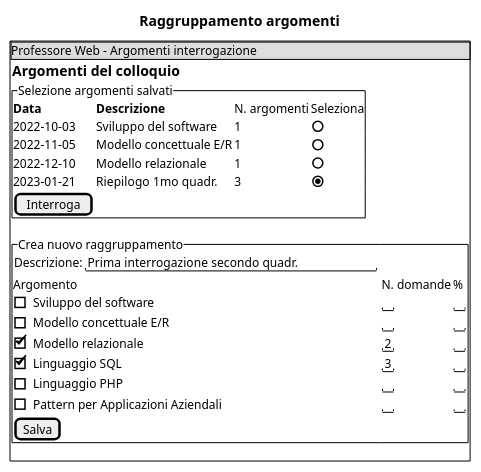
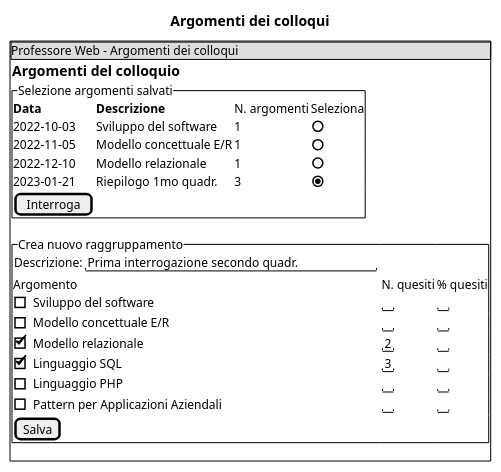
One commit to gionatamassibenincasa/materiale-didattico-per-argomento changed the tenth of 16 diagrams in analisi-e-progettazione-software/problemi/prove_orali/prove_orali.md. Above: the diagram before and after it, drawn with PlantUML. The commit also changed other lines of this file and 11 other files, not shown here.

```diff
--- a/analisi-e-progettazione-software/problemi/prove_orali/prove_orali.md
+++ b/analisi-e-progettazione-software/problemi/prove_orali/prove_orali.md
@@ -333,30 +333,30 @@
 @startsalt
-title Raggruppamento argomenti
+title Argomenti dei colloqui
 {+
-{* Professore Web - Argomenti interrogazione}
+{* Professore Web - Argomenti dei colloqui}
 {
 == Argomenti del colloquio
 {^"Selezione argomenti salvati"
 
     <b>Data | <b>Descrizione | N. argomenti | Seleziona
     2022-10-03 | Sviluppo del software   | 1 | ()
     2022-11-05 | Modello concettuale E/R | 1 | ()
     2022-12-10 | Modello relazionale     | 1 | ()
     2023-01-21 | Riepilogo 1mo quadr.    | 3 | (X)
 
     [Interroga]
 }
 {^"Crea nuovo raggruppamento"
   { Descrizione: | "Prima interrogazione secondo quadr. " }
-  Argomento | N. domande | %
+  Argomento | N. quesiti | % quesiti
   [] Sviluppo del software   | " " | " "
   [] Modello concettuale E/R | " " | " "
   [X] Modello relazionale    | "2" | " "
   [X] Linguaggio SQL         | "3" | " "
   [] Linguaggio PHP | " " | " "
   [] Pattern per Applicazioni Aziendali | " " | " "
 [Salva]
 }
 }
 }
 @endsalt
```
